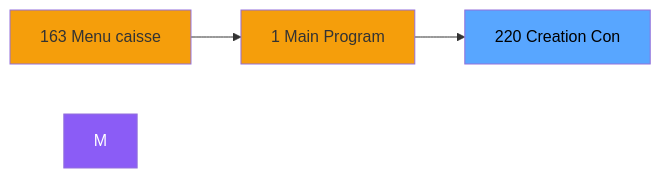
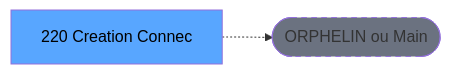
Before and after one commit to thonyAGP/lecteur-magic: the second of 3 diagrams in .openspec/renders/ADH-IDE-220.md, drawn with Mermaid. The commit also changed other lines of this file and 701 other files, not shown here.

````diff
--- a/.openspec/renders/ADH-IDE-220.md
+++ b/.openspec/renders/ADH-IDE-220.md
@@ -105,12 +117,8 @@
 ```mermaid
 graph LR
-    N163[163 Menu caisse ]
-    N1[1 Main Program]
-    T[220 Creation Con]
-    N163 --> N1
-    N1 --> T
-    style M fill:#8b5cf6,color:#fff
-    style N163 fill:#f59e0b
-    style N1 fill:#f59e0b
+    T[220 Creation Connec]
+    ORPHAN([ORPHELIN ou Main])
+    T -.-> ORPHAN
     style T fill:#58a6ff,color:#000
+    style ORPHAN fill:#6b7280,stroke-dasharray: 5 5
 ```
````
